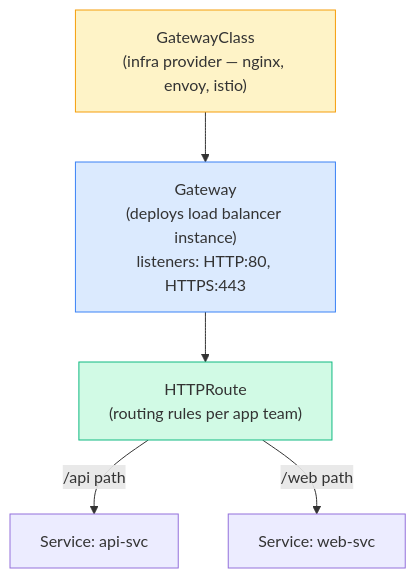
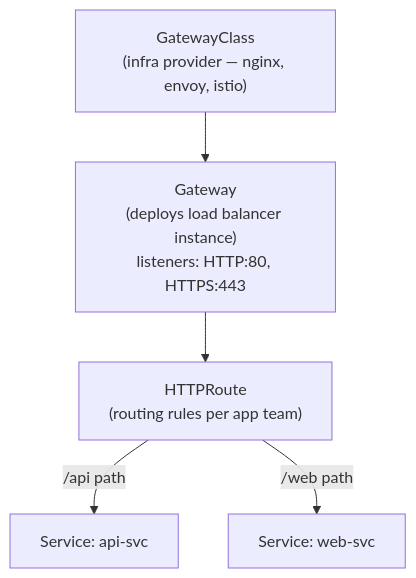
One commit to Gautam4424/k8slearn-content changed the fifth of 6 diagrams in content/cka/08-networking-services-dns-ingress-cni/overview/overview.md. Above: the diagram before and after it, drawn with Mermaid. The commit also changed other lines of this file and 40 other files, not shown here.

Commit message:
chore: fix mermaid style regex

````diff
--- a/content/cka/08-networking-services-dns-ingress-cni/overview/overview.md
+++ b/content/cka/08-networking-services-dns-ingress-cni/overview/overview.md
@@ -424,17 +419,13 @@
 ```mermaid
 flowchart TD
     GC["GatewayClass\n(infra provider — nginx, envoy, istio)"]
     GW["Gateway\n(deploys load balancer instance)\nlisteners: HTTP:80, HTTPS:443"]
     HR["HTTPRoute\n(routing rules per app team)"]
     SVC1["Service: api-svc"]
     SVC2["Service: web-svc"]
 
     GC --> GW
     GW --> HR
     HR -->|"/api path"| SVC1
     HR -->|"/web path"| SVC2
-
-    style GC fill:#fef3c7,stroke:#f59e0b
-    style GW fill:#dbeafe,stroke:#3b82f6
-    style HR fill:#d1fae5,stroke:#10b981
 ```
````
